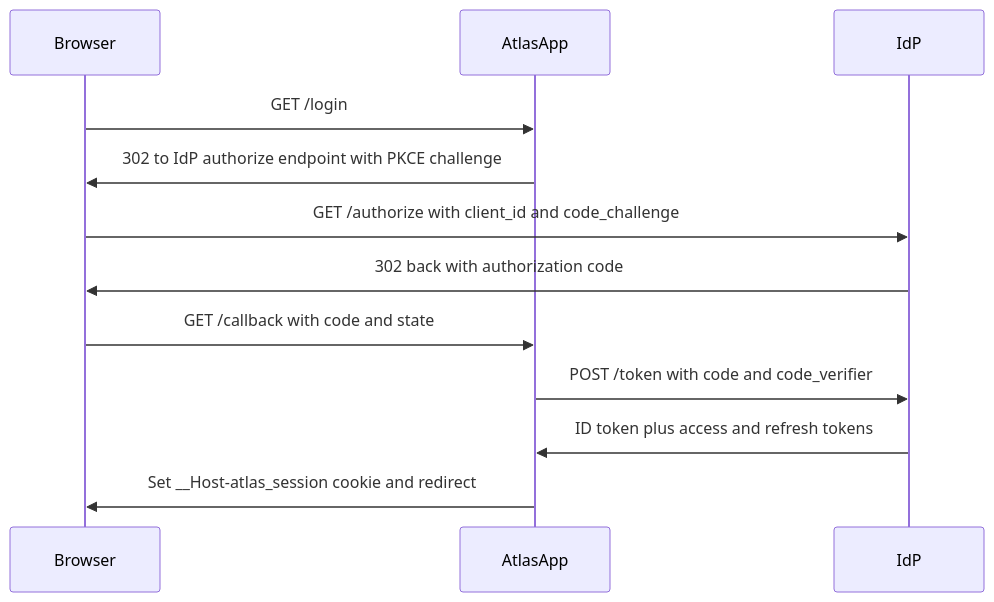
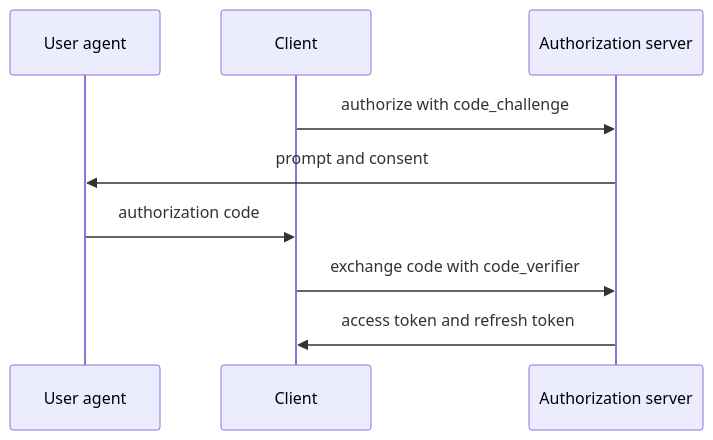
One commit to agent-ix/spec-objects-security changed the diagram in spec_objects_security/skeletons/auth_flow.md. Above: the diagram before and after it, drawn with Mermaid. The commit also changed other lines of this file and 173 other files, not shown here.

First line of the commit message:
spec+feat: semantic data schemas for the twenty-three security object types (#13) (#15)

````diff
--- a/spec_objects_security/skeletons/auth_flow.md
+++ b/spec_objects_security/skeletons/auth_flow.md
@@ -18,14 +19,11 @@
 ```mermaid
 sequenceDiagram
-    participant Browser
-    participant AtlasApp
-    participant IdP
-    Browser->>AtlasApp: GET /login
-    AtlasApp->>Browser: 302 to IdP authorize endpoint with PKCE challenge
-    Browser->>IdP: GET /authorize with client_id and code_challenge
-    IdP->>Browser: 302 back with authorization code
-    Browser->>AtlasApp: GET /callback with code and state
-    AtlasApp->>IdP: POST /token with code and code_verifier
-    IdP->>AtlasApp: ID token plus access and refresh tokens
-    AtlasApp->>Browser: Set __Host-atlas_session cookie and redirect
+  participant U as User agent
+  participant C as Client
+  participant A as Authorization server
+  C->>A: authorize with code_challenge
+  A->>U: prompt and consent
+  U->>C: authorization code
+  C->>A: exchange code with code_verifier
+  A->>C: access token and refresh token
 ```
````
